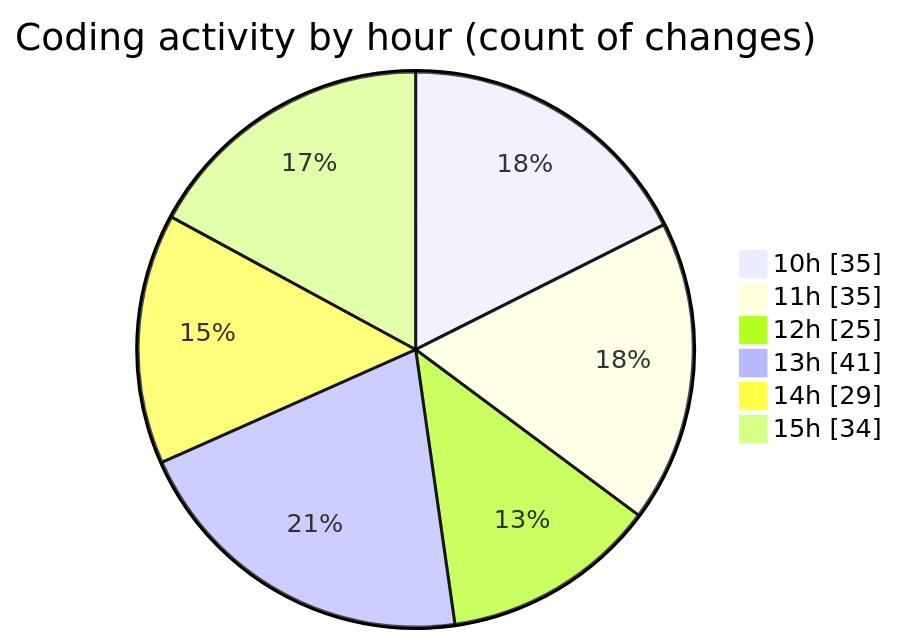
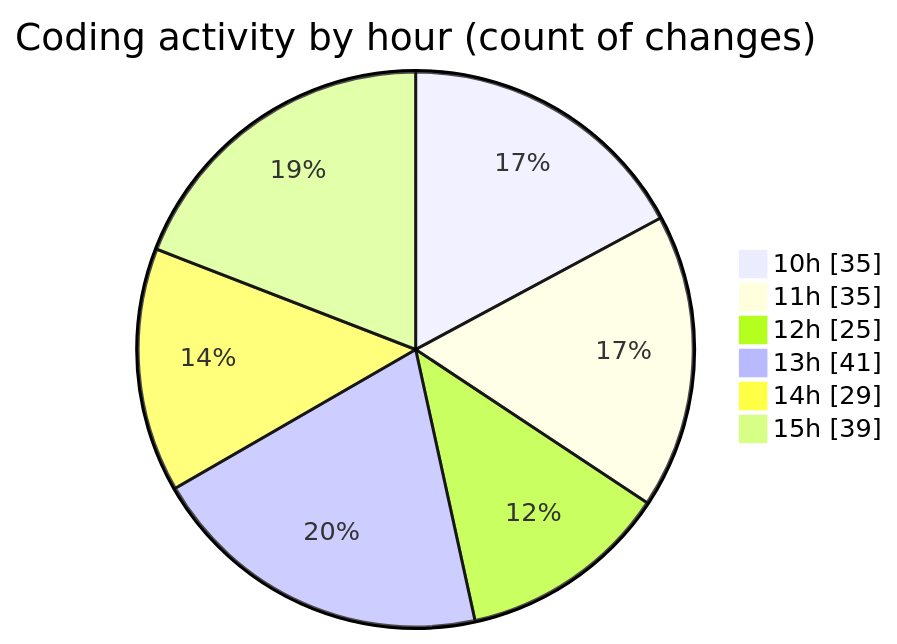
One commit to momahboobian/code-tracking changed the second of 2 diagrams in 2025-03-26/cda/README.md. Above: the diagram before and after it, drawn with Mermaid. The commit also changed other lines of this file and 1 other file, not shown here.

````diff
--- a/2025-03-26/cda/README.md
+++ b/2025-03-26/cda/README.md
@@ -54,10 +54,10 @@
 ```mermaid
 pie showData
 title Coding activity by hour (count of changes)
 "10h" : 35
 "11h" : 35
 "12h" : 25
 "13h" : 41
 "14h" : 29
-"15h" : 34
+"15h" : 39
 ```
````
